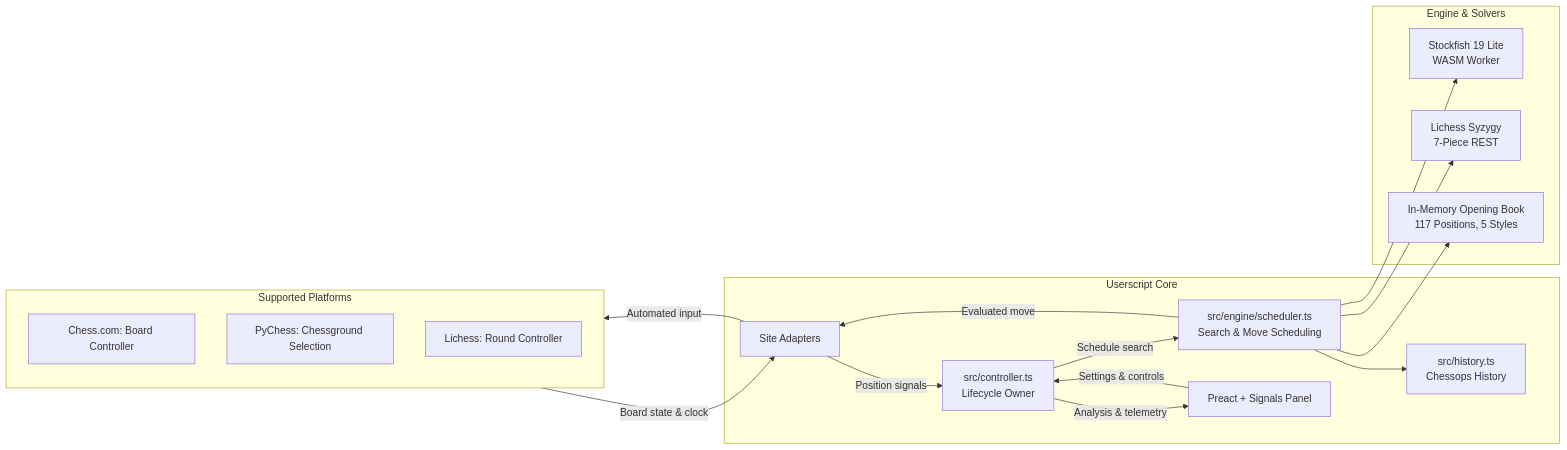
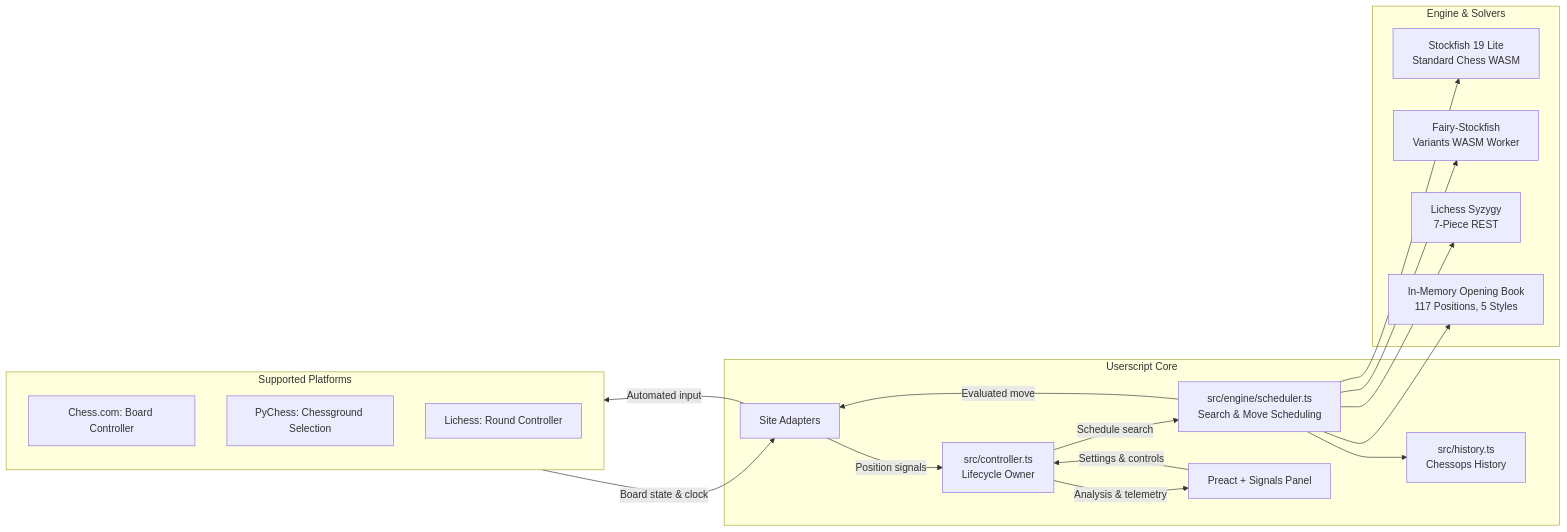
Before and after one commit to quantavil/userscript: the diagram in super-chess-bot/README.md, drawn with Mermaid. The commit also changed other lines of this file and 5 other files, not shown here.

Commit message:
feat(fairy-chess): integrate single-threaded Fairy-Stockfish v1.0.0-single release

````diff
--- a/super-chess-bot/README.md
+++ b/super-chess-bot/README.md
@@ -16,34 +16,36 @@
 ```mermaid
 flowchart LR
   subgraph sites[Supported Platforms]
     chesscom[Chess.com: Board Controller]
     pychess[PyChess: Chessground Selection]
     lichess[Lichess: Round Controller]
   end
 
   subgraph userscript[Userscript Core]
     adapter[Site Adapters]
     controller[src/controller.ts<br/>Lifecycle Owner]
     scheduler[src/engine/scheduler.ts<br/>Search & Move Scheduling]
     history[src/history.ts<br/>Chessops History]
     panel[Preact + Signals Panel]
   end
 
   subgraph engine[Engine & Solvers]
-    stockfish[Stockfish 19 Lite<br/>WASM Worker]
+    stockfish[Stockfish 19 Lite<br/>Standard Chess WASM]
+    fairy[Fairy-Stockfish<br/>Variants WASM Worker]
     tablebase[Lichess Syzygy<br/>7-Piece REST]
     book[In-Memory Opening Book<br/>117 Positions, 5 Styles]
   end
 
   sites -->|Board state & clock| adapter
   adapter -->|Position signals| controller
   controller -->|Schedule search| scheduler
   scheduler --> history
   scheduler --> stockfish
+  scheduler --> fairy
   scheduler --> tablebase
   scheduler --> book
   scheduler -->|Evaluated move| adapter
   adapter -->|Automated input| sites
   controller -->|Analysis & telemetry| panel
   panel -->|Settings & controls| controller
 ```
````
